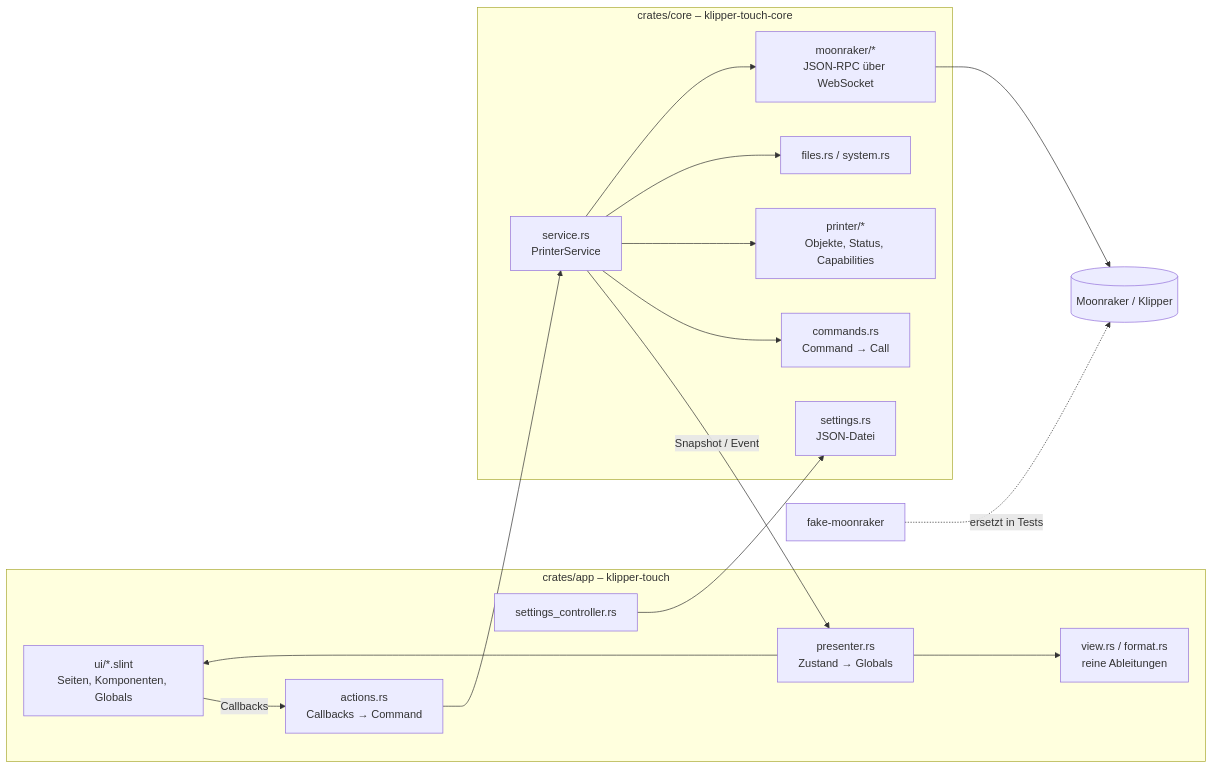
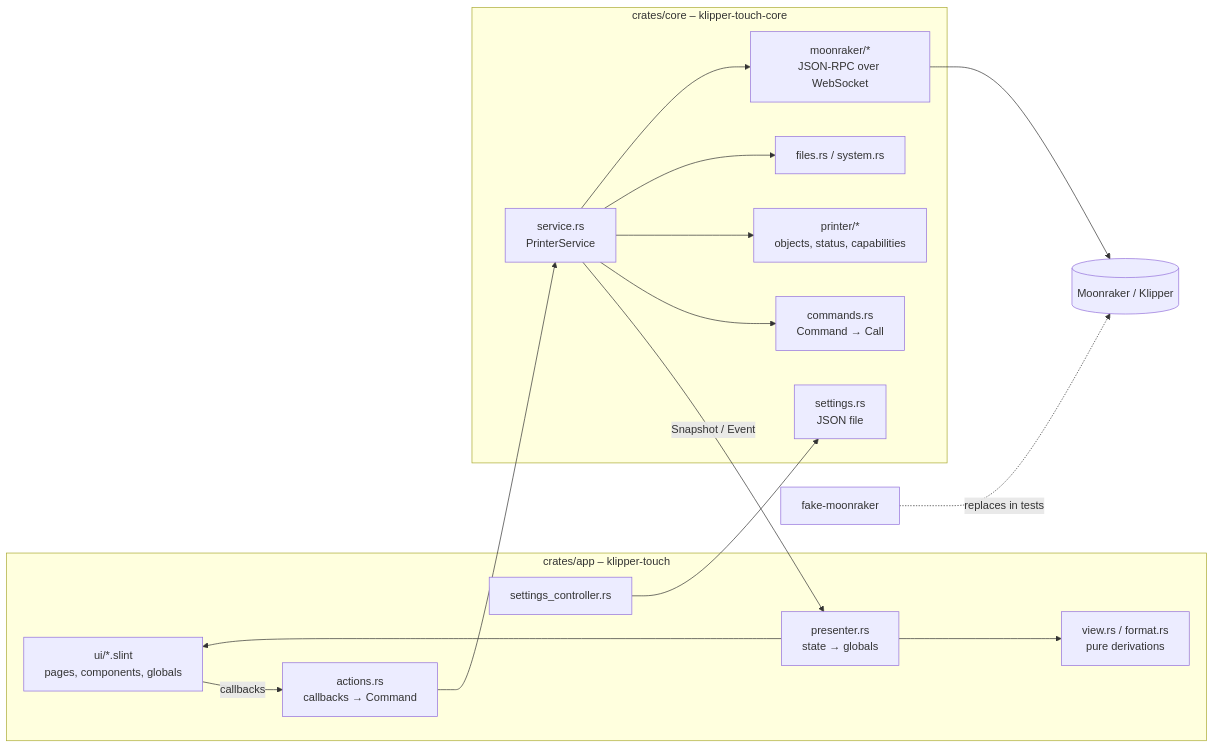
One commit to freakydude/klipper-touch changed the diagram in docs/architecture.md. Above: the diagram before and after it, drawn with Mermaid. The commit also changed other lines of this file and 85 other files, not shown here.

````diff
--- a/docs/architecture.md
+++ b/docs/architecture.md
@@ -9,30 +9,30 @@
 ```mermaid
 flowchart LR
     subgraph app [crates/app – klipper-touch]
-        UI[ui/*.slint<br/>Seiten, Komponenten, Globals]
-        P[presenter.rs<br/>Zustand → Globals]
-        A[actions.rs<br/>Callbacks → Command]
+        UI[ui/*.slint<br/>pages, components, globals]
+        P[presenter.rs<br/>state → globals]
+        A[actions.rs<br/>callbacks → Command]
         S[settings_controller.rs]
-        V[view.rs / format.rs<br/>reine Ableitungen]
+        V[view.rs / format.rs<br/>pure derivations]
     end
     subgraph core [crates/core – klipper-touch-core]
         SVC[service.rs<br/>PrinterService]
         CMD[commands.rs<br/>Command → Call]
-        PR[printer/*<br/>Objekte, Status, Capabilities]
-        MR[moonraker/*<br/>JSON-RPC über WebSocket]
-        SET[settings.rs<br/>JSON-Datei]
+        PR[printer/*<br/>objects, status, capabilities]
+        MR[moonraker/*<br/>JSON-RPC over WebSocket]
+        SET[settings.rs<br/>JSON file]
         FS[files.rs / system.rs]
     end
     M[(Moonraker / Klipper)]
     F[fake-moonraker]
 
-    UI -- Callbacks --> A --> SVC
+    UI -- callbacks --> A --> SVC
     SVC -- Snapshot / Event --> P --> UI
     P --> V
     S --> SET
     SVC --> CMD
     SVC --> PR
     SVC --> FS
     SVC --> MR --> M
-    F -. ersetzt in Tests .-> M
+    F -. replaces in tests .-> M
 ```
````
